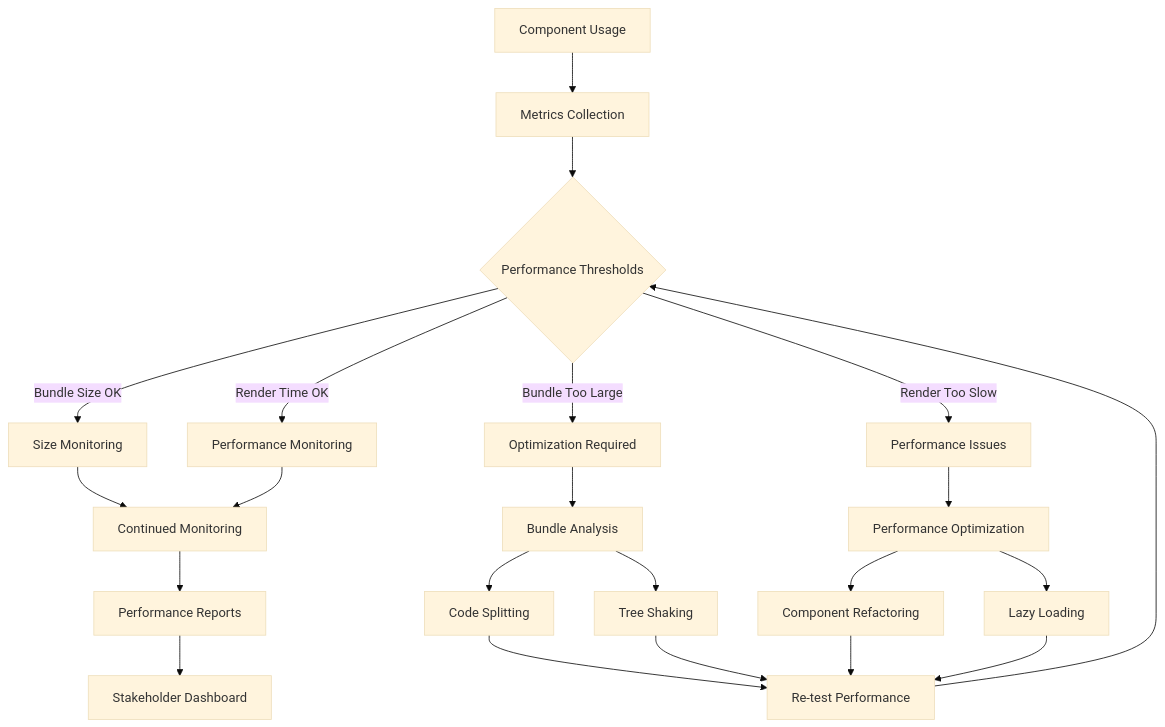
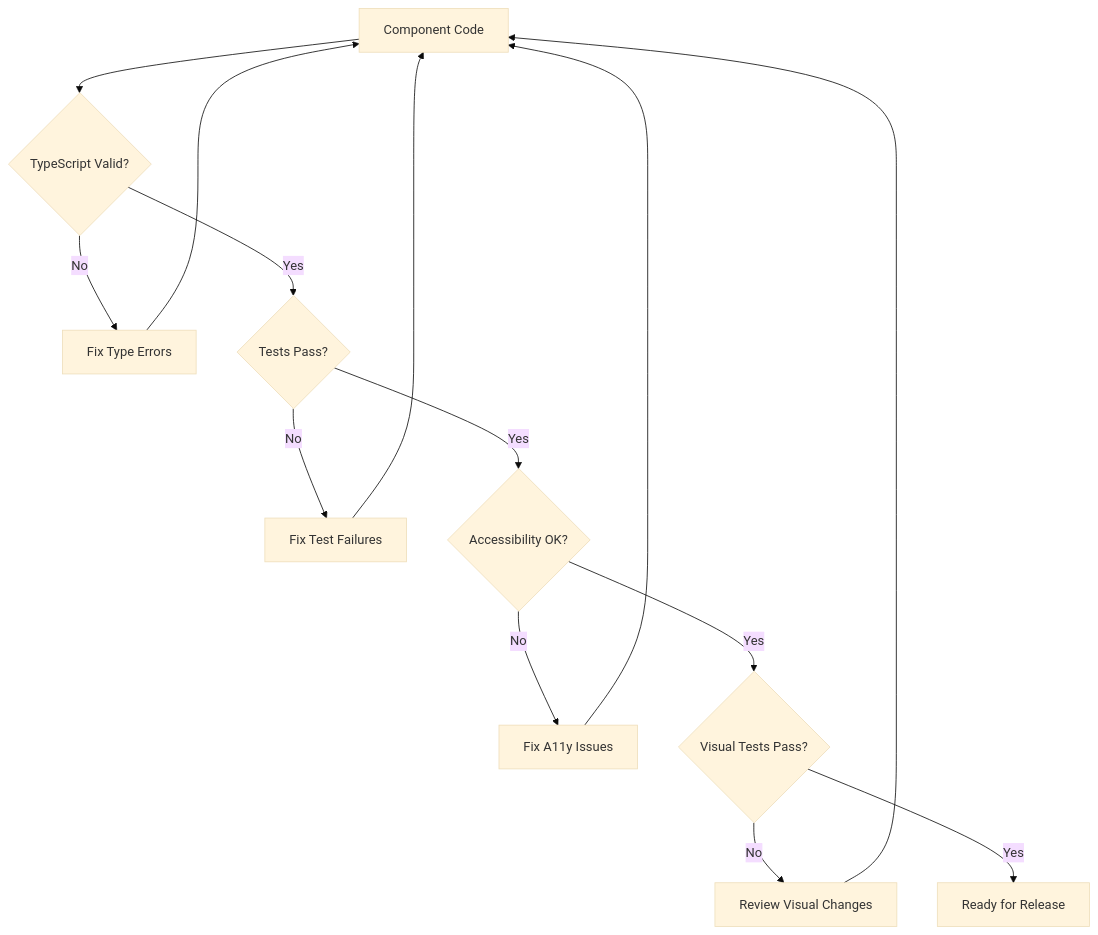
One commit to DementedWeasel1971/storybook changed the fourth of 5 diagrams in CLAUDE.md. Above: the diagram before and after it, drawn with Mermaid (base theme). The commit also changed other lines of this file and 4 other files, not shown here.

First line of the commit message:
feat: Implement automated CLAUDE.md generation system via Architect Crew methodology

````diff
--- a/CLAUDE.md
+++ b/CLAUDE.md
@@ -809,28 +301,17 @@
 ```mermaid
 flowchart TD
-    A[Component Usage] --> B[Metrics Collection]
-    B --> C{Performance Thresholds}
-    C -->|Bundle Size OK| D[Size Monitoring]
-    C -->|Bundle Too Large| E[Optimization Required]
-    C -->|Render Time OK| F[Performance Monitoring]
-    C -->|Render Too Slow| G[Performance Issues]
+    A[Component Code] --> B{TypeScript Valid?}
+    B -->|No| C[Fix Type Errors]
+    B -->|Yes| D{Tests Pass?}
+    D -->|No| E[Fix Test Failures]
+    D -->|Yes| F{Accessibility OK?}
+    F -->|No| G[Fix A11y Issues]
+    F -->|Yes| H{Visual Tests Pass?}
+    H -->|No| I[Review Visual Changes]
+    H -->|Yes| J[Ready for Release]
     
-    D --> H[Continued Monitoring]
-    E --> I[Bundle Analysis]
-    F --> H
-    G --> J[Performance Optimization]
-    
-    I --> K[Code Splitting]
-    I --> L[Tree Shaking]
-    J --> M[Component Refactoring]
-    J --> N[Lazy Loading]
-    
-    K --> O[Re-test Performance]
-    L --> O
-    M --> O
-    N --> O
-    
-    O --> C
-    H --> P[Performance Reports]
-    P --> Q[Stakeholder Dashboard]
+    C --> A
+    E --> A
+    G --> A
+    I --> A
 ```
````
